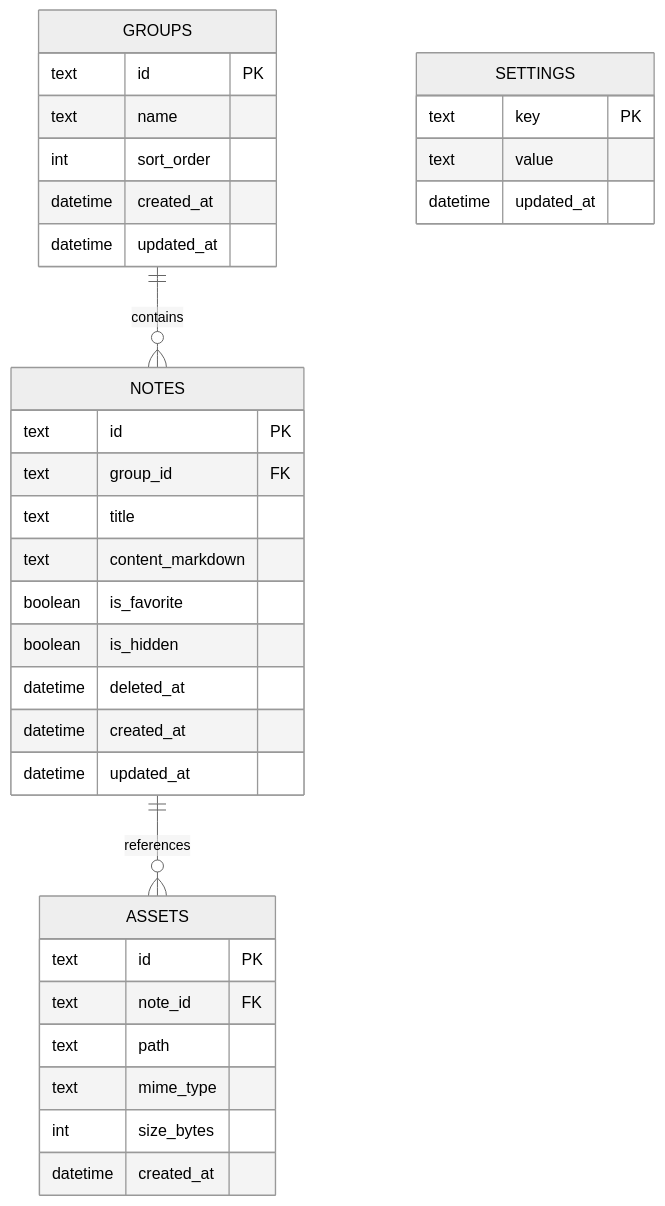
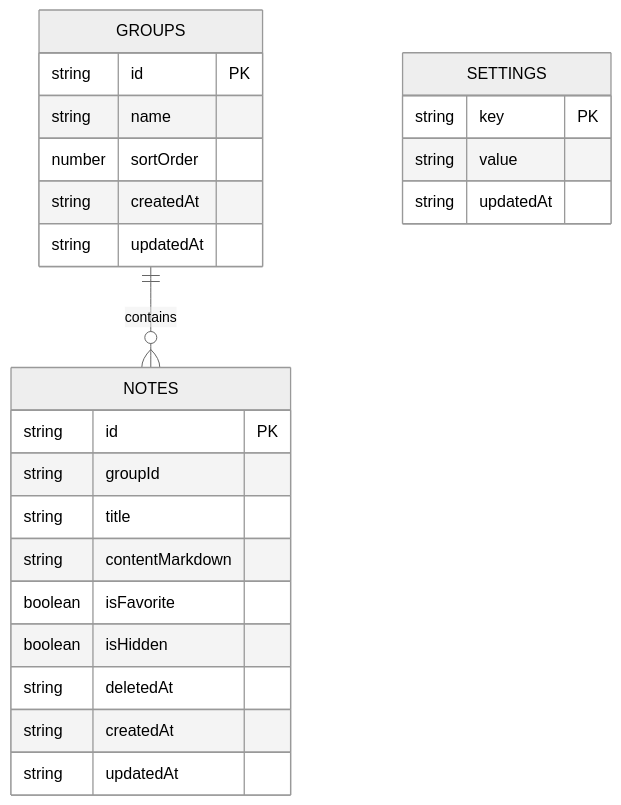
The diagram in docs/Database_Design.md (namnth2000/mote), drawn with Mermaid (neutral theme) before and after one commit. The commit also changed other lines of this file and 21 other files, not shown here.

````diff
--- a/docs/Database_Design.md
+++ b/docs/Database_Design.md
@@ -18,40 +26,30 @@
 ```mermaid
 erDiagram
     GROUPS ||--o{ NOTES : contains
-    NOTES ||--o{ ASSETS : references
 
     GROUPS {
-        text id PK
-        text name
-        int sort_order
-        datetime created_at
-        datetime updated_at
+        string id PK
+        string name
+        number sortOrder
+        string createdAt
+        string updatedAt
     }
 
     NOTES {
-        text id PK
-        text group_id FK
-        text title
-        text content_markdown
-        boolean is_favorite
-        boolean is_hidden
-        datetime deleted_at
-        datetime created_at
-        datetime updated_at
-    }
-
-    ASSETS {
-        text id PK
-        text note_id FK
-        text path
-        text mime_type
-        int size_bytes
-        datetime created_at
+        string id PK
+        string groupId
+        string title
+        string contentMarkdown
+        boolean isFavorite
+        boolean isHidden
+        string deletedAt
+        string createdAt
+        string updatedAt
     }
 
     SETTINGS {
-        text key PK
-        text value
-        datetime updated_at
+        string key PK
+        string value
+        string updatedAt
     }
 ```
````
